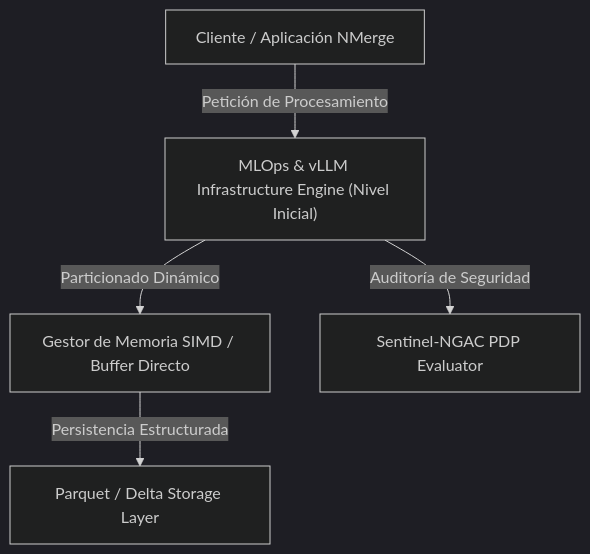
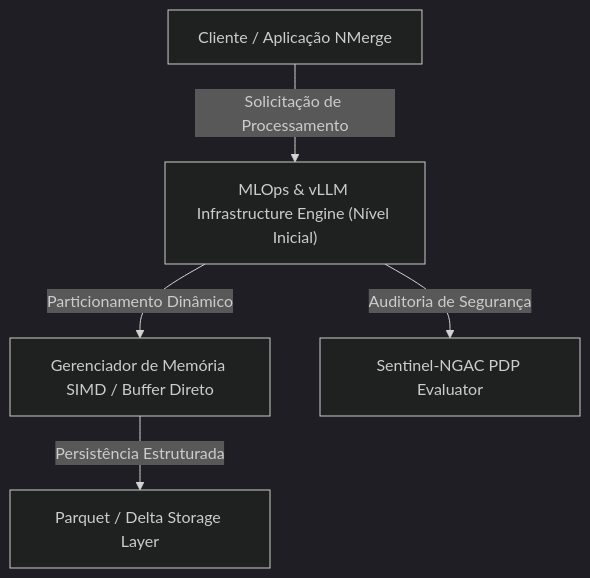
Before and after one commit to gjpierp/nmergeia: the diagram in public/docs/pt/datascience_mlops.md, drawn with Mermaid (dark theme). The commit also changed other lines of this file and 182 other files, not shown here.

Commit message:
fix(i18n): sincronizar claves de menú i18n para los 7 idiomas, traducir diagramas Mermaid y agregar fallback a español contra 404 de Vite

````diff
--- a/public/docs/pt/datascience_mlops.md
+++ b/public/docs/pt/datascience_mlops.md
@@ -16,7 +16,7 @@
 ```mermaid
 flowchart TD
-    A["Cliente / Aplicación NMerge"] -->|Petición de Procesamiento| B["MLOps & vLLM Infrastructure Engine (Nivel Inicial)"]
-    B -->|Particionado Dinámico| C["Gestor de Memoria SIMD / Buffer Directo"]
-    C -->|Persistencia Estructurada| D["Parquet / Delta Storage Layer"]
-    B -->|Auditoría de Seguridad| E["Sentinel-NGAC PDP Evaluator"]
+    A["Cliente / Aplicação NMerge"] -->|Solicitação de Processamento| B["MLOps & vLLM Infrastructure Engine (Nível Inicial)"]
+    B -->|Particionamento Dinâmico| C["Gerenciador de Memória SIMD / Buffer Direto"]
+    C -->|Persistência Estruturada| D["Parquet / Delta Storage Layer"]
+    B -->|Auditoria de Segurança| E["Sentinel-NGAC PDP Evaluator"]
 ```
````
